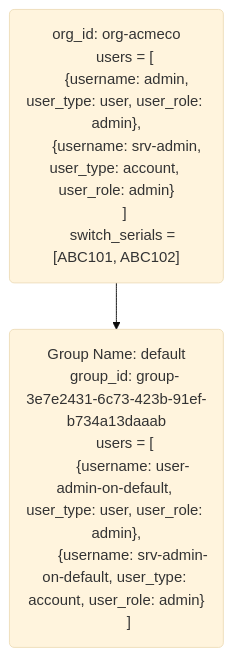
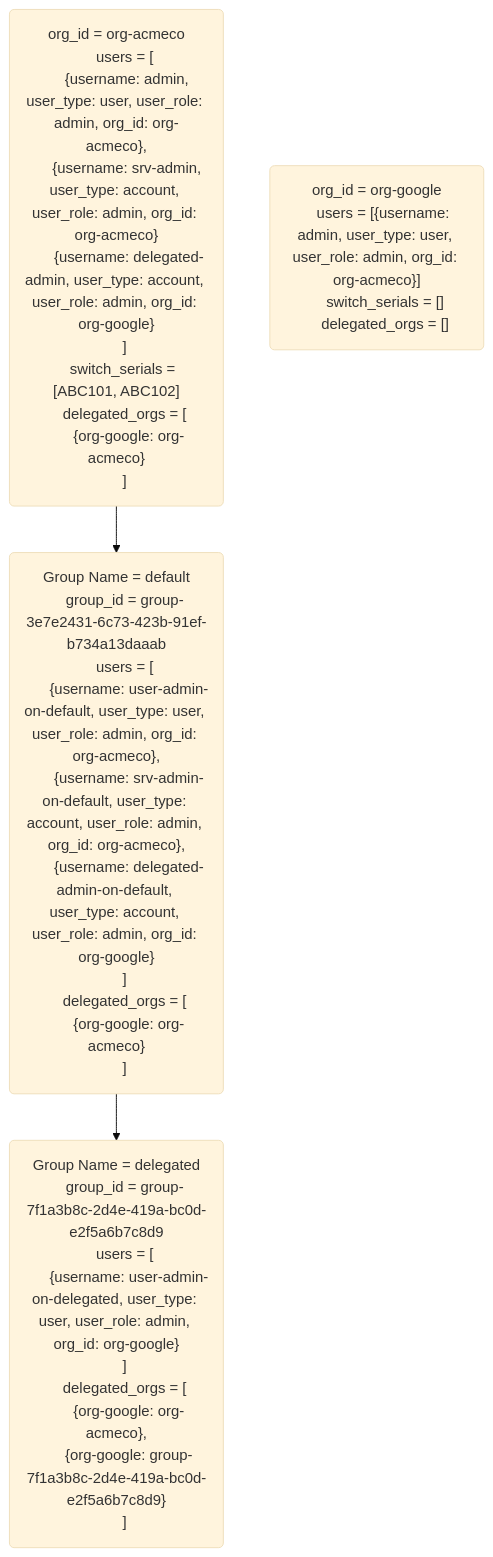
Before and after one commit to openconfig/ovgs: the fourth of 4 diagrams in docs/service-overview.md, drawn with Mermaid (base theme). The commit also changed other lines of this file and 1 other file, not shown here.

Commit message:
Proto changes to add support for cross-org group delegation.

````diff
--- a/docs/service-overview.md
+++ b/docs/service-overview.md
@@ -636,24 +833,51 @@
 ```mermaid
 %%{init: {"flowchart": {"htmlLabels": false}} }%%
 flowchart TB
-
-    orgBlock("
-    org_id: org-acmeco
+  orgBlock("
+    org_id = org-acmeco
     users = [
-      {username: admin, user_type: user, user_role: admin},
-      {username: srv-admin, user_type: account, user_role: admin}
+      {username: admin, user_type: user, user_role: admin, org_id: org-acmeco},
+      {username: srv-admin, user_type: account, user_role: admin, org_id: org-acmeco}
+      {username: delegated-admin, user_type: account, user_role: admin, org_id: org-google}
     ]
     switch_serials = [ABC101, ABC102]
-    ")
+    delegated_orgs = [
+      {org-google: org-acmeco}
+    ]
+  ")
 
-    defaultGroup("
-    Group Name: default
-    group_id: group-3e7e2431-6c73-423b-91ef-b734a13daaab
+  orgBlock2("
+    org_id = org-google
+    users = [{username: admin, user_type: user, user_role: admin, org_id: org-acmeco}]
+    switch_serials = []
+    delegated_orgs = []
+  ")
+
+  defaultGroup("
+    Group Name = default
+    group_id = group-3e7e2431-6c73-423b-91ef-b734a13daaab
     users = [
-        {username: user-admin-on-default, user_type: user, user_role: admin},
-        {username: srv-admin-on-default, user_type: account, user_role: admin}
-      ]
-    ")
+      {username: user-admin-on-default, user_type: user, user_role: admin, org_id: org-acmeco},
+      {username: srv-admin-on-default, user_type: account, user_role: admin, org_id: org-acmeco},
+      {username: delegated-admin-on-default, user_type: account, user_role: admin, org_id: org-google}
+    ]
+    delegated_orgs = [
+      {org-google: org-acmeco}
+    ]
+  ")
 
-    orgBlock --> defaultGroup
+  delegatedGroup("
+    Group Name = delegated
+    group_id = group-7f1a3b8c-2d4e-419a-bc0d-e2f5a6b7c8d9
+    users = [
+      {username: user-admin-on-delegated, user_type: user, user_role: admin, org_id: org-google}
+    ]
+    delegated_orgs = [
+      {org-google: org-acmeco},
+      {org-google: group-7f1a3b8c-2d4e-419a-bc0d-e2f5a6b7c8d9}
+    ]
+  ")
+
+  orgBlock --> defaultGroup
+  defaultGroup --> delegatedGroup
 ```
````
